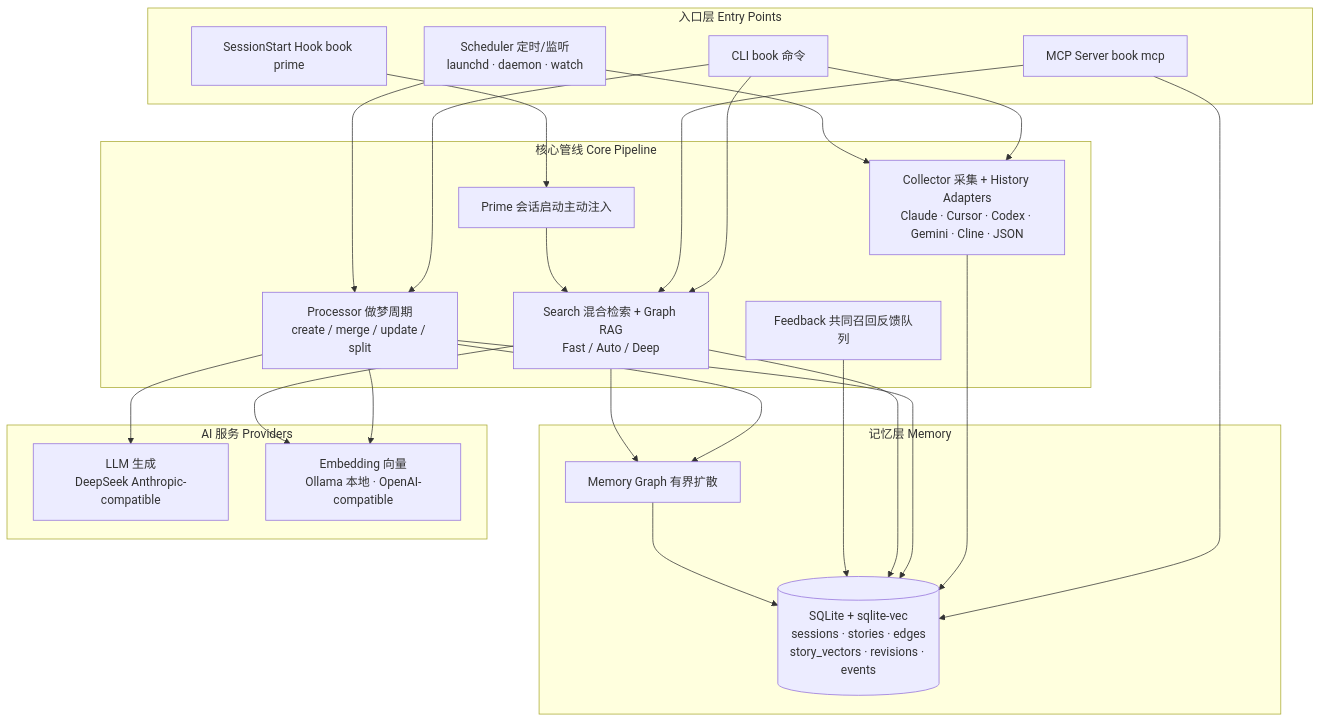
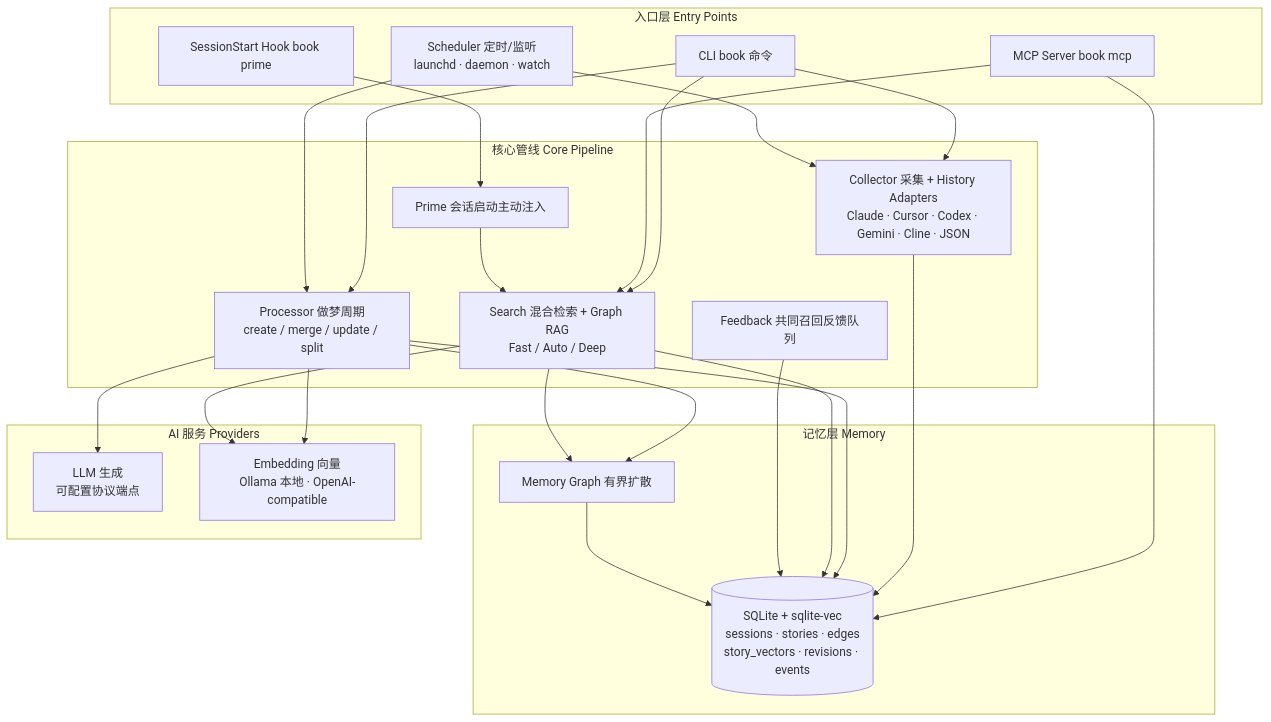
The first of 4 diagrams in README.md (OrcaxNet/storybook), drawn with Mermaid before and after one commit. The commit also changed other lines of this file and 19 other files, not shown here.

````diff
--- a/README.md
+++ b/README.md
@@ -126,48 +126,48 @@
 ```mermaid
 flowchart TB
     subgraph ENTRY["入口层 Entry Points"]
         CLI["CLI book 命令"]
         MCP["MCP Server book mcp"]
         HOOK["SessionStart Hook book prime"]
         SCHED["Scheduler 定时/监听<br/>launchd · daemon · watch"]
     end
 
     subgraph CORE["核心管线 Core Pipeline"]
         COLL["Collector 采集 + History Adapters<br/>Claude · Cursor · Codex · Gemini · Cline · JSON"]
         PROC["Processor 做梦周期<br/>create / merge / update / split"]
         SEARCH["Search 混合检索 + Graph RAG<br/>Fast / Auto / Deep"]
         PRIME["Prime 会话启动主动注入"]
         FB["Feedback 共同召回反馈队列"]
     end
 
     subgraph MEM["记忆层 Memory"]
         STORE[("SQLite + sqlite-vec<br/>sessions · stories · edges<br/>story_vectors · revisions · events")]
         GRAPH["Memory Graph 有界扩散"]
     end
 
     subgraph AI["AI 服务 Providers"]
-        LLM["LLM 生成<br/>DeepSeek Anthropic-compatible"]
+        LLM["LLM 生成<br/>可配置协议端点"]
         EMB["Embedding 向量<br/>Ollama 本地 · OpenAI-compatible"]
     end
 
     CLI --> COLL
     CLI --> PROC
     CLI --> SEARCH
     MCP --> SEARCH
     MCP --> STORE
     HOOK --> PRIME
     SCHED --> COLL
     SCHED --> PROC
 
     COLL --> STORE
     PROC --> STORE
     PROC --> GRAPH
     PROC --> LLM
     PROC --> EMB
     SEARCH --> STORE
     SEARCH --> GRAPH
     SEARCH --> EMB
     PRIME --> SEARCH
     FB --> STORE
     GRAPH --> STORE
 ```
````
